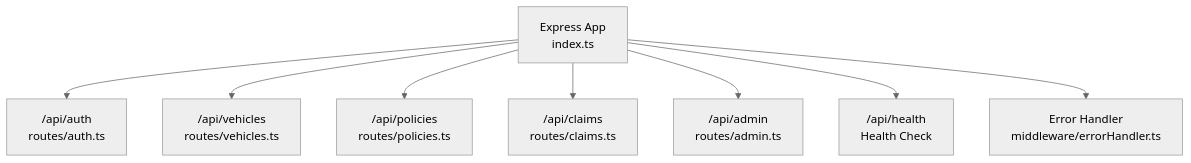
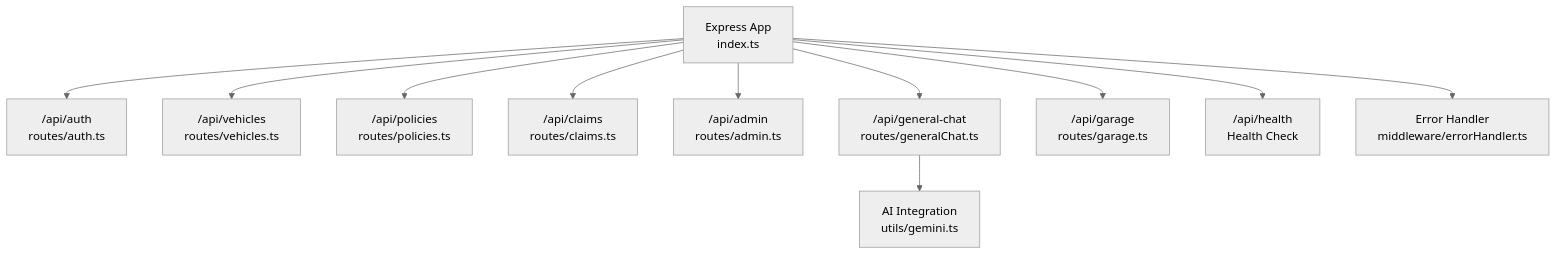
One commit to NaveenHiranya/Smart-Vehicle-Insurance-Claim-System changed the first of 3 diagrams in .qoder/repowiki/en/content/Backend Documentation/API Endpoints Reference/API Endpoints Reference.md. Above: the diagram before and after it, drawn with Mermaid (neutral theme). The commit also changed other lines of this file and 35 other files, not shown here.

````diff
--- a/.qoder/repowiki/en/content/Backend Documentation/API Endpoints Reference/API Endpoints Reference.md
+++ b/.qoder/repowiki/en/content/Backend Documentation/API Endpoints Reference/API Endpoints Reference.md
@@ -36,10 +45,13 @@
 ```mermaid
 graph TB
 A["Express App<br/>index.ts"] --> B["/api/auth<br/>routes/auth.ts"]
 A --> C["/api/vehicles<br/>routes/vehicles.ts"]
 A --> D["/api/policies<br/>routes/policies.ts"]
 A --> E["/api/claims<br/>routes/claims.ts"]
 A --> F["/api/admin<br/>routes/admin.ts"]
-A --> G["/api/health<br/>Health Check"]
-A --> H["Error Handler<br/>middleware/errorHandler.ts"]
+A --> G["/api/general-chat<br/>routes/generalChat.ts"]
+A --> H["/api/garage<br/>routes/garage.ts"]
+A --> I["/api/health<br/>Health Check"]
+A --> J["Error Handler<br/>middleware/errorHandler.ts"]
+G --> K["AI Integration<br/>utils/gemini.ts"]
 ```
````
